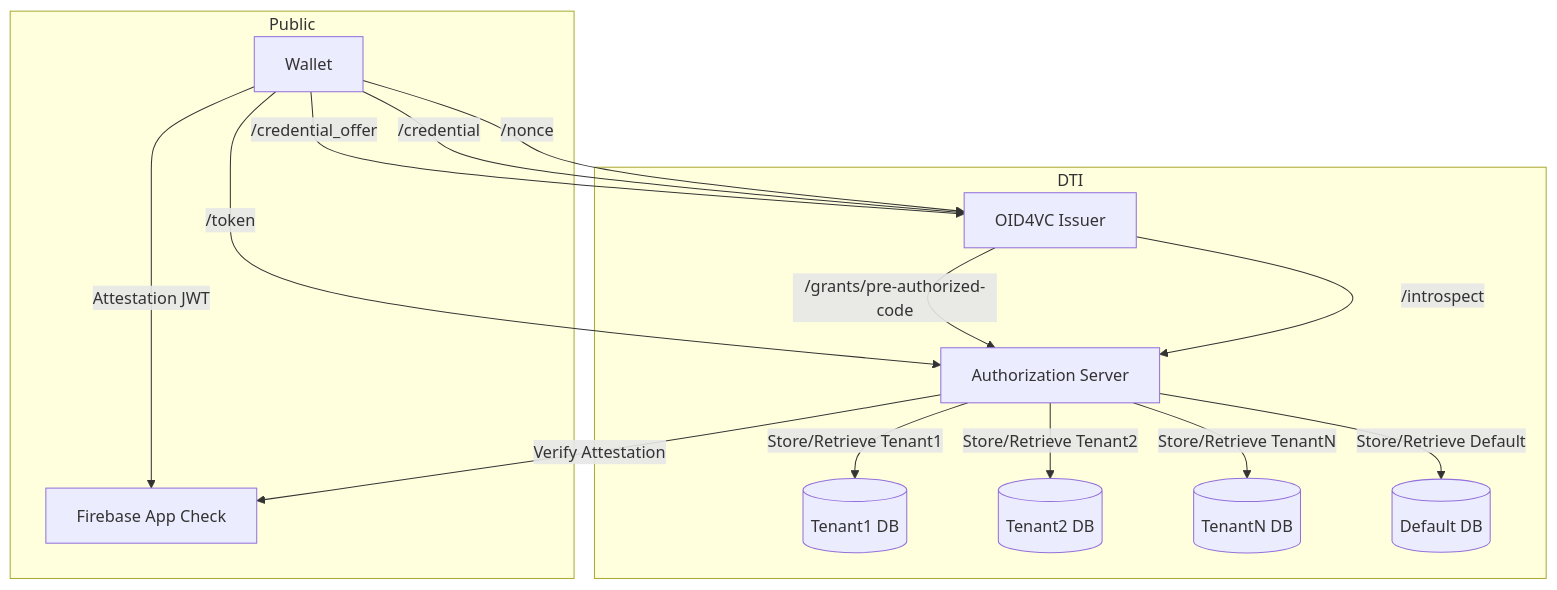
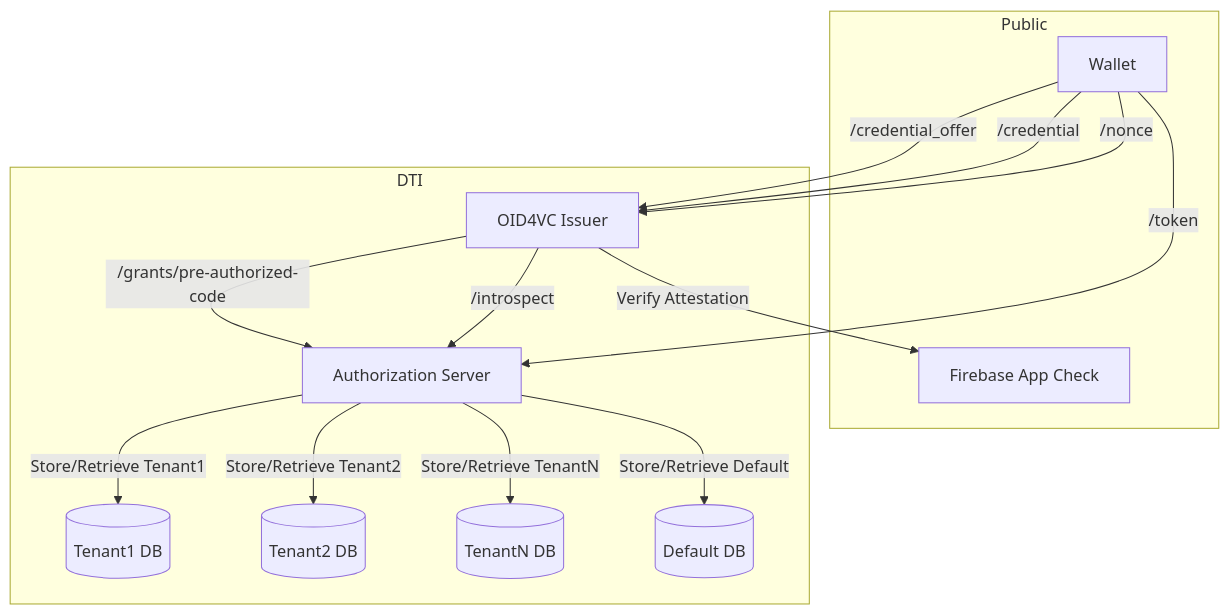
One commit to weiiv/di-auth-server changed the first of 8 diagrams in README.md. Above: the diagram before and after it, drawn with Mermaid. The commit also changed other lines of this file, not shown here.

Commit message:
update attestation flow

````diff
--- a/README.md
+++ b/README.md
@@ -111,30 +112,30 @@
 ```mermaid
 graph TD
     subgraph Public
         Wallet[Wallet]
         Firebase[Firebase App Check]
     end
 
     subgraph DTI
         Issuer[OID4VC Issuer]
         AuthServer[Authorization Server]
         DB1[(Tenant1 DB)]
         DB2[(Tenant2 DB)]
         DBn[(TenantN DB)]
         DBDefault[(Default DB)]
     end
 
     Wallet -->|/credential_offer| Issuer
     Wallet -->|/token| AuthServer
     Wallet -->|/credential| Issuer
     Wallet -->|/nonce| Issuer
-    Wallet -->|Attestation JWT| Firebase
 
     Issuer -->|/grants/pre-authorized-code| AuthServer
     Issuer -->|/introspect| AuthServer
-    AuthServer -->|Verify Attestation| Firebase
+    Issuer -->|Verify Attestation| Firebase
+
     AuthServer -->|Store/Retrieve Tenant1| DB1
     AuthServer -->|Store/Retrieve Tenant2| DB2
     AuthServer -->|Store/Retrieve TenantN| DBn
-    AuthServer -->|"Store/Retrieve Default"| DBDefault
+    AuthServer -->|Store/Retrieve Default| DBDefault
 ```
````
